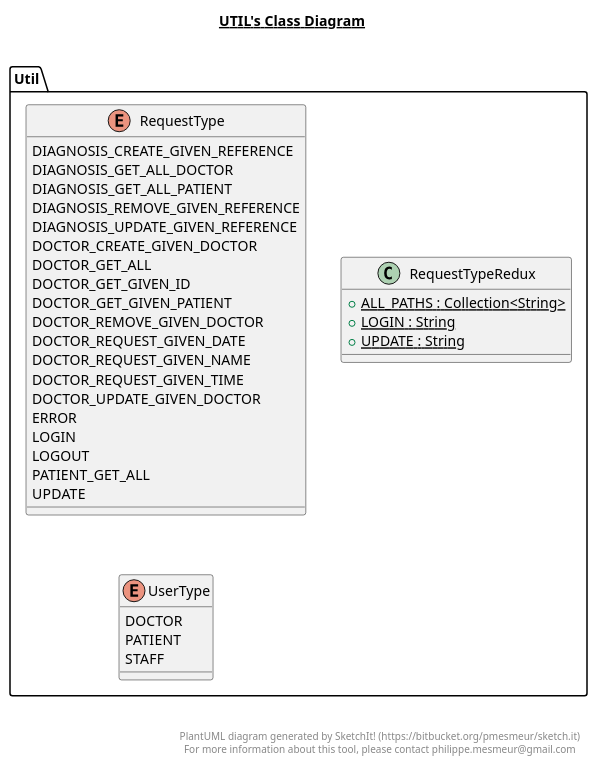
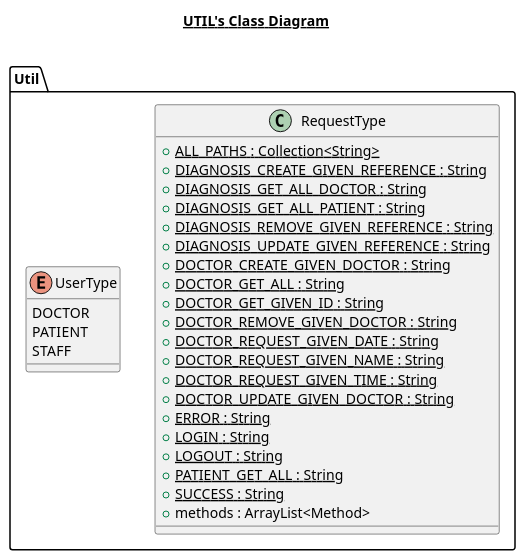
One commit to AidanJohnston/Omar changed the diagram in src/Util/Util.plantuml. Above: the diagram before and after it, drawn with PlantUML. The commit also changed 7 other files, not shown here.

Commit message:
Refactored uml diagrams

```diff
--- a/src/Util/Util.plantuml
+++ b/src/Util/Util.plantuml
@@ -1,57 +1,40 @@
 @startuml
 
 title __UTIL's Class Diagram__\n
 
   namespace Util {
-    enum RequestType {
-      DIAGNOSIS_CREATE_GIVEN_REFERENCE
-      DIAGNOSIS_GET_ALL_DOCTOR
-      DIAGNOSIS_GET_ALL_PATIENT
-      DIAGNOSIS_REMOVE_GIVEN_REFERENCE
-      DIAGNOSIS_UPDATE_GIVEN_REFERENCE
-      DOCTOR_CREATE_GIVEN_DOCTOR
-      DOCTOR_GET_ALL
-      DOCTOR_GET_GIVEN_ID
-      DOCTOR_GET_GIVEN_PATIENT
-      DOCTOR_REMOVE_GIVEN_DOCTOR
-      DOCTOR_REQUEST_GIVEN_DATE
-      DOCTOR_REQUEST_GIVEN_NAME
-      DOCTOR_REQUEST_GIVEN_TIME
-      DOCTOR_UPDATE_GIVEN_DOCTOR
-      ERROR
-      LOGIN
-      LOGOUT
-      PATIENT_GET_ALL
-      UPDATE
-    }
-  }
-  
-
-  namespace Util {
-    class Util.RequestTypeRedux {
+    class Util.RequestType {
         {static} + ALL_PATHS : Collection<String>
+        {static} + DIAGNOSIS_CREATE_GIVEN_REFERENCE : String
+        {static} + DIAGNOSIS_GET_ALL_DOCTOR : String
+        {static} + DIAGNOSIS_GET_ALL_PATIENT : String
+        {static} + DIAGNOSIS_REMOVE_GIVEN_REFERENCE : String
+        {static} + DIAGNOSIS_UPDATE_GIVEN_REFERENCE : String
+        {static} + DOCTOR_CREATE_GIVEN_DOCTOR : String
+        {static} + DOCTOR_GET_ALL : String
+        {static} + DOCTOR_GET_GIVEN_ID : String
+        {static} + DOCTOR_REMOVE_GIVEN_DOCTOR : String
+        {static} + DOCTOR_REQUEST_GIVEN_DATE : String
+        {static} + DOCTOR_REQUEST_GIVEN_NAME : String
+        {static} + DOCTOR_REQUEST_GIVEN_TIME : String
+        {static} + DOCTOR_UPDATE_GIVEN_DOCTOR : String
+        {static} + ERROR : String
         {static} + LOGIN : String
-        {static} + UPDATE : String
+        {static} + LOGOUT : String
+        {static} + PATIENT_GET_ALL : String
+        {static} + SUCCESS : String
+        + methods : ArrayList<Method>
     }
   }
   
 
   namespace Util {
     enum UserType {
       DOCTOR
       PATIENT
       STAFF
     }
   }
-  
 
 
-
-right footer
-
-
-PlantUML diagram generated by SketchIt! (https://bitbucket.org/pmesmeur/sketch.it)
-For more information about this tool, please contact philippe.mesmeur@gmail.com
-endfooter
-
 @enduml
```
